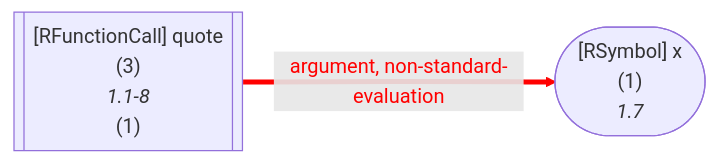
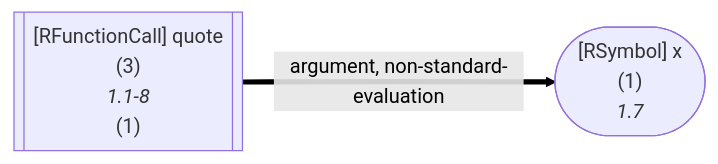
One commit to flowr-analysis/flowr changed diagram 23 of 26 in wiki/Dataflow Graph.md. Above: the diagram before and after it, drawn with Mermaid. The commit also changed other lines of this file and 10 other files, not shown here.

Commit message:
doc(dfg): improve documentation for the dataflow graph value

````diff
--- a/wiki/Dataflow Graph.md
+++ b/wiki/Dataflow Graph.md
@@ -1882,12 +2066,12 @@
 ```mermaid
 flowchart LR
     1(["`#91;RSymbol#93; x
       (1)
       *1.7*`"])
     3[["`#91;RFunctionCall#93; quote
       (3)
       *1.1-8*
     (1)`"]]
     3 -->|"argument, non-standard-evaluation"| 1
-    linkStyle 0 stroke:red,color:red,stroke-width:4px;
+    linkStyle 0 stroke:black,color:black,stroke-width:4.2px;
 ```
````
